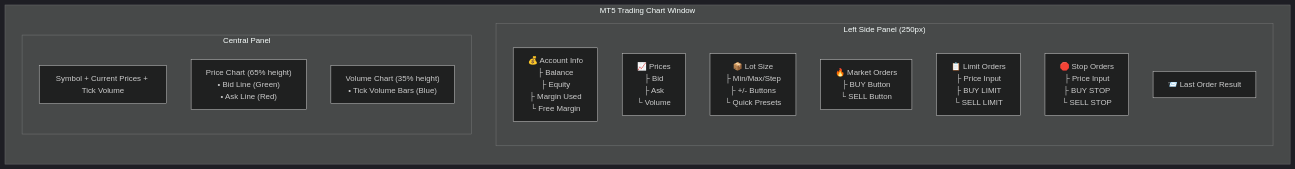
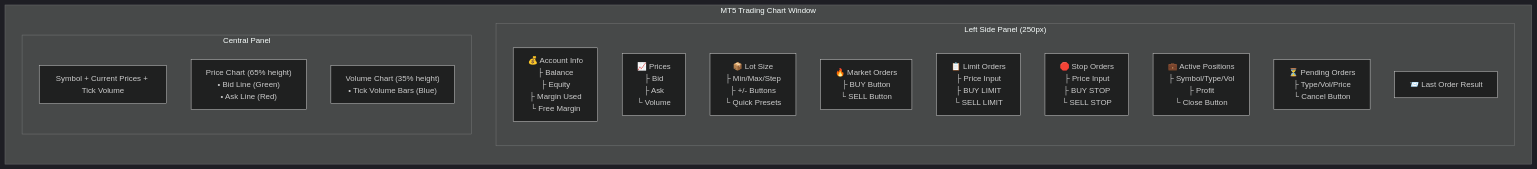
The third of 4 diagrams in trading-architecture-diagram.md (algorembrant/SUM3API), drawn with Mermaid (dark theme) before and after one commit. The commit also changed other lines of this file and 196 other files, not shown here.

````diff
--- a/trading-architecture-diagram.md
+++ b/trading-architecture-diagram.md
@@ -162,22 +179,24 @@
 ```mermaid
 flowchart LR
     subgraph Window["MT5 Trading Chart Window"]
         subgraph SidePanel["Left Side Panel (250px)"]
             direction TB
             AccountInfo["💰 Account Info<br/>├ Balance<br/>├ Equity<br/>├ Margin Used<br/>└ Free Margin"]
             Prices["📈 Prices<br/>├ Bid<br/>├ Ask<br/>└ Volume"]
             LotSize["📦 Lot Size<br/>├ Min/Max/Step<br/>├ +/- Buttons<br/>└ Quick Presets"]
             MarketOrders["🔥 Market Orders<br/>├ BUY Button<br/>└ SELL Button"]
             LimitOrders["📋 Limit Orders<br/>├ Price Input<br/>├ BUY LIMIT<br/>└ SELL LIMIT"]
             StopOrders["🛑 Stop Orders<br/>├ Price Input<br/>├ BUY STOP<br/>└ SELL STOP"]
+            ActivePos["💼 Active Positions<br/>├ Symbol/Type/Vol<br/>├ Profit<br/>└ Close Button"]
+            PendingOrd["⏳ Pending Orders<br/>├ Type/Vol/Price<br/>└ Cancel Button"]
             OrderResult["📨 Last Order Result"]
         end
         
         subgraph MainPanel["Central Panel"]
             direction TB
             Header["Symbol + Current Prices + Tick Volume"]
             PriceChart2["Price Chart (65% height)<br/>• Bid Line (Green)<br/>• Ask Line (Red)"]
             VolumeChart2["Volume Chart (35% height)<br/>• Tick Volume Bars (Blue)"]
         end
     end
 ```
````
